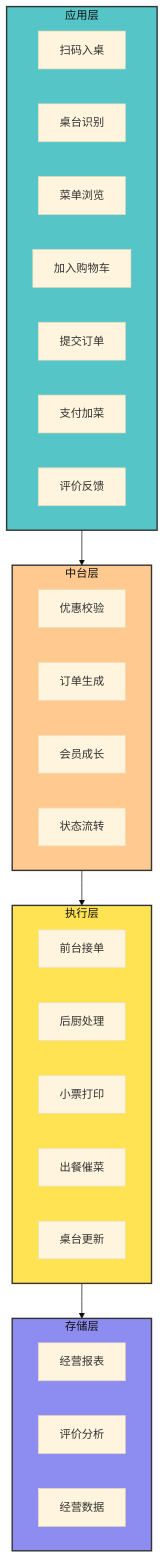
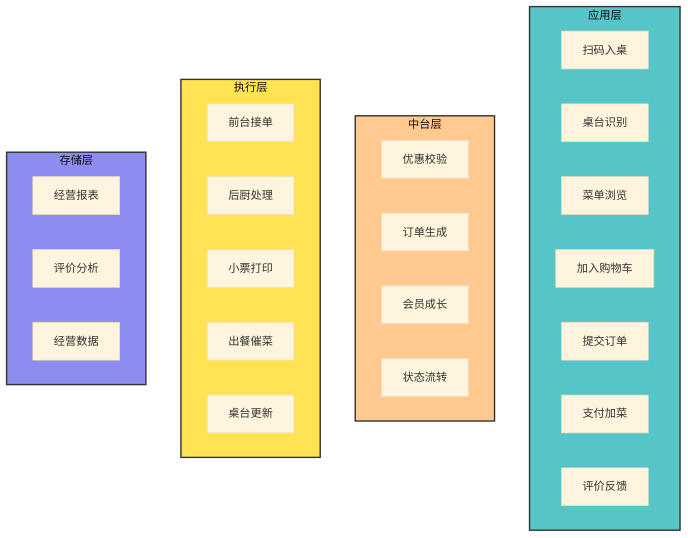
One commit to meisijiya/DIANCAN-SYSTEM changed the third of 3 diagrams in readme.md. Above: the diagram before and after it, drawn with Mermaid (base theme). The commit also changed other lines of this file, not shown here.

Commit message:
修改文档的图

````diff
--- a/readme.md
+++ b/readme.md
@@ -347,42 +341,38 @@
 ```mermaid
 flowchart TB
     subgraph User[应用层]
         A[扫码入桌]
         B[桌台识别]
         C[菜单浏览]
         D[加入购物车]
         E[提交订单]
         F[支付加菜]
         G[评价反馈]
     end
 
     subgraph Core[中台层]
         RULE[优惠校验]
         ORDER[订单生成]
         MEMBER[会员成长]
         STATE[状态流转]
     end
 
     subgraph Store[执行层]
         ACCEPT[前台接单]
         KITCHEN[后厨处理]
         PRINT[小票打印]
         SERVE[出餐催菜]
         TABLE[桌台更新]
     end
 
     subgraph Result[存储层]
         REPORT[经营报表]
         REVIEW[评价分析]
         DATA[经营数据]
     end
 
-    User --> Core
-    Core --> Store
-    Store --> Result
-
     style User fill:#55c5c7,stroke:#333,stroke-width:2px,color:#111
     style Core fill:#ffc98f,stroke:#333,stroke-width:2px,color:#111
     style Store fill:#ffe353,stroke:#333,stroke-width:2px,color:#111
     style Result fill:#8d8cf0,stroke:#333,stroke-width:2px,color:#111
 ```
````
